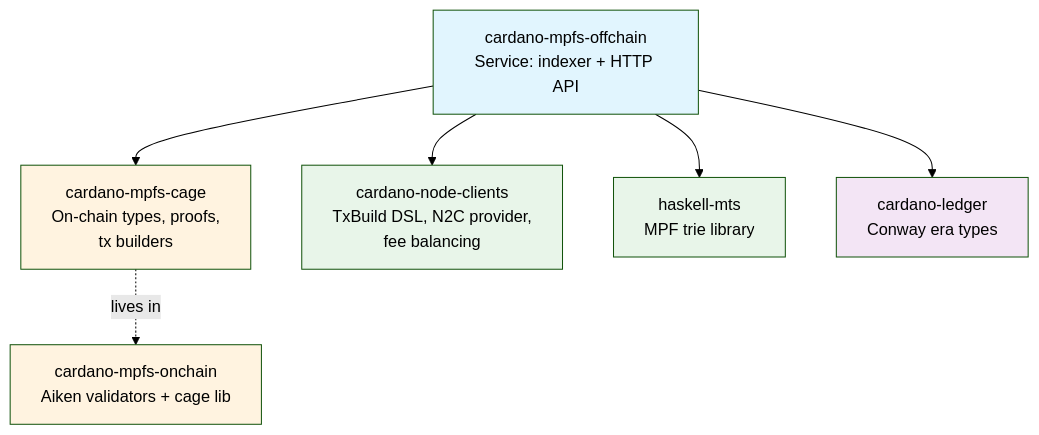
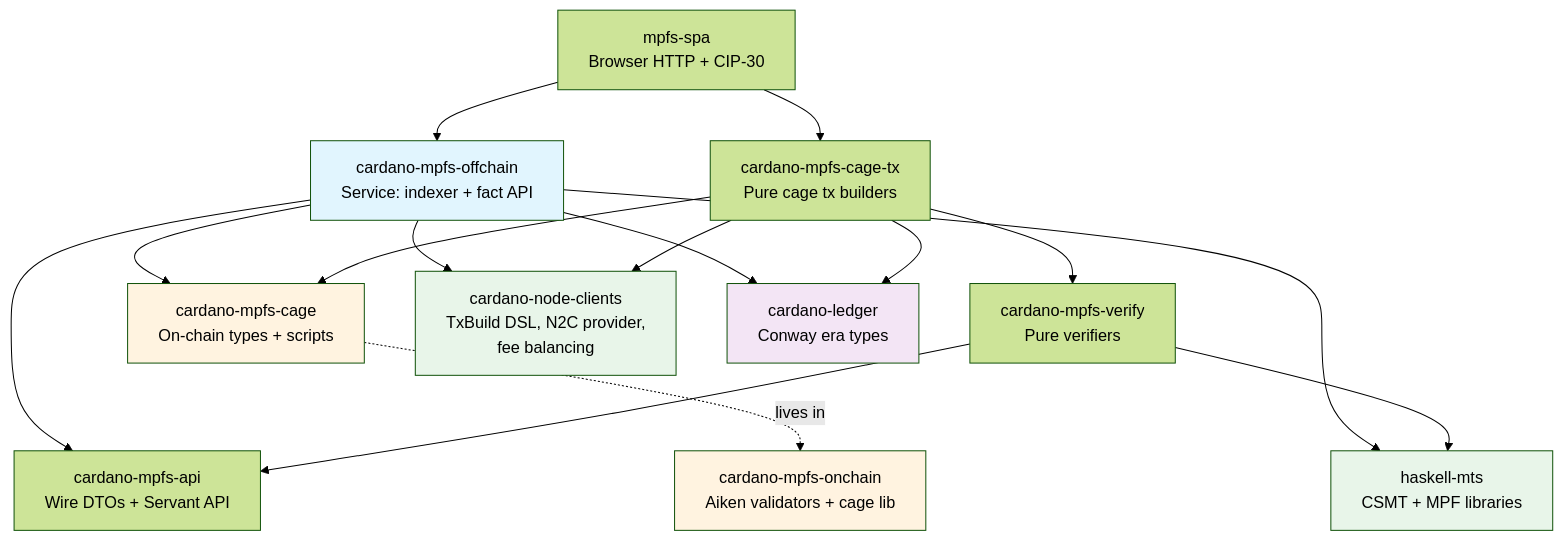
One commit to lambdasistemi/cardano-mpfs-offchain changed the fourth of 5 diagrams in docs/architecture/overview.md. Above: the diagram before and after it, drawn with Mermaid (forest theme). The commit also changed other lines of this file and 9 other files, not shown here.

````diff
--- a/docs/architecture/overview.md
+++ b/docs/architecture/overview.md
@@ -90,22 +113,35 @@
 ```mermaid
 graph TD
-    OFFCHAIN["cardano-mpfs-offchain<br/>Service: indexer + HTTP API"]
-    CAGE["cardano-mpfs-cage<br/>On-chain types, proofs,<br/>tx builders"]
+    OFFCHAIN["cardano-mpfs-offchain<br/>Service: indexer + fact API"]
+    API["cardano-mpfs-api<br/>Wire DTOs + Servant API"]
+    VERIFY["cardano-mpfs-verify<br/>Pure verifiers"]
+    CAGETX["cardano-mpfs-cage-tx<br/>Pure cage tx builders"]
+    SPA["mpfs-spa<br/>Browser HTTP + CIP-30"]
+    CAGE["cardano-mpfs-cage<br/>On-chain types + scripts"]
     CLIENTS["cardano-node-clients<br/>TxBuild DSL, N2C provider,<br/>fee balancing"]
-    MTS["haskell-mts<br/>MPF trie library"]
+    MTS["haskell-mts<br/>CSMT + MPF libraries"]
     ONCHAIN["cardano-mpfs-onchain<br/>Aiken validators + cage lib"]
     LEDGER["cardano-ledger<br/>Conway era types"]
 
+    OFFCHAIN --> API
+    VERIFY --> API
+    CAGETX --> VERIFY
+    SPA --> OFFCHAIN
+    SPA --> CAGETX
     OFFCHAIN --> CAGE
+    CAGETX --> CAGE
     OFFCHAIN --> CLIENTS
+    CAGETX --> CLIENTS
     OFFCHAIN --> MTS
+    VERIFY --> MTS
     OFFCHAIN --> LEDGER
+    CAGETX --> LEDGER
     CAGE -.->|"lives in"| ONCHAIN
 
     style OFFCHAIN fill:#e1f5fe
     style CAGE fill:#fff3e0
     style CLIENTS fill:#e8f5e9
     style MTS fill:#e8f5e9
     style ONCHAIN fill:#fff3e0
     style LEDGER fill:#f3e5f5
 ```
````
